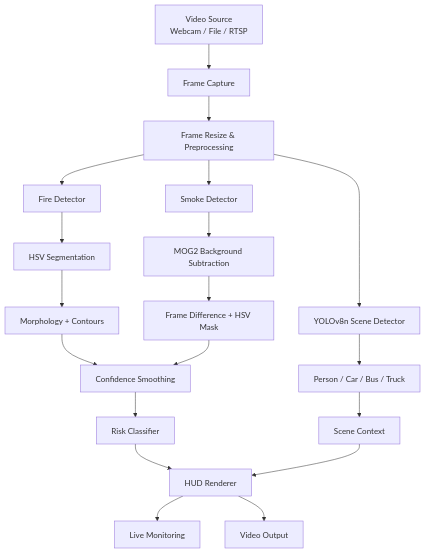
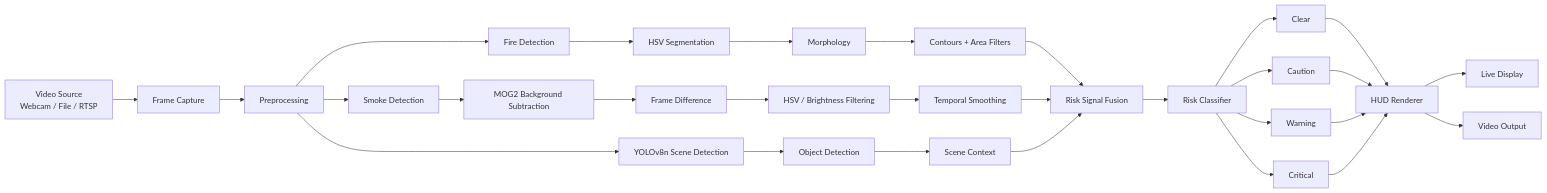
Before and after one commit to mars8-27/python_for_us: the first of 2 diagrams in Smoke and fire detection using classical cv/ARCHITECTURE.md, drawn with Mermaid. The commit also changed other lines of this file, not shown here.

Commit message:
docs: add interview-ready architecture and technology flow

````diff
--- a/Smoke and fire detection using classical cv/ARCHITECTURE.md
+++ b/Smoke and fire detection using classical cv/ARCHITECTURE.md
@@ -3,21 +7,39 @@
 ```mermaid
-flowchart TD
+flowchart LR
     A[Video Source<br/>Webcam / File / RTSP] --> B[Frame Capture]
-    B --> C[Frame Resize & Preprocessing]
-    C --> D[Fire Detector]
-    C --> E[Smoke Detector]
-    C --> F[YOLOv8n Scene Detector]
+    B --> C[Preprocessing]
+
+    C --> D[Fire Detection]
+    C --> E[Smoke Detection]
+    C --> F[YOLOv8n Scene Detection]
+
     D --> D1[HSV Segmentation]
-    D1 --> D2[Morphology + Contours]
+    D1 --> D2[Morphology]
+    D2 --> D3[Contours + Area Filters]
+
     E --> E1[MOG2 Background Subtraction]
-    E1 --> E2[Frame Difference + HSV Mask]
-    F --> F1[Person / Car / Bus / Truck]
-    D2 --> G[Confidence Smoothing]
-    E2 --> G
+    E1 --> E2[Frame Difference]
+    E2 --> E3[HSV / Brightness Filtering]
+    E3 --> E4[Temporal Smoothing]
+
+    F --> F1[Object Detection]
+    F1 --> F2[Scene Context]
+
+    D3 --> G[Risk Signal Fusion]
+    E4 --> G
+    F2 --> G
+
     G --> H[Risk Classifier]
-    F1 --> I[Scene Context]
-    H --> J[HUD Renderer]
-    I --> J
-    J --> K[Live Monitoring]
-    J --> L[Video Output]
+    H --> I[Clear]
+    H --> J[Caution]
+    H --> K[Warning]
+    H --> L[Critical]
+
+    I --> M[HUD Renderer]
+    J --> M
+    K --> M
+    L --> M
+
+    M --> N[Live Display]
+    M --> O[Video Output]
 ```
````
